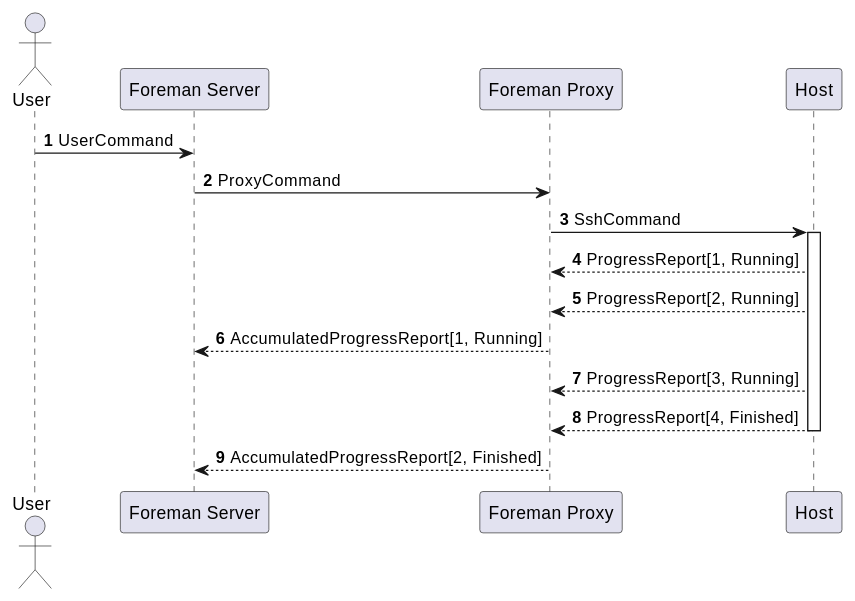
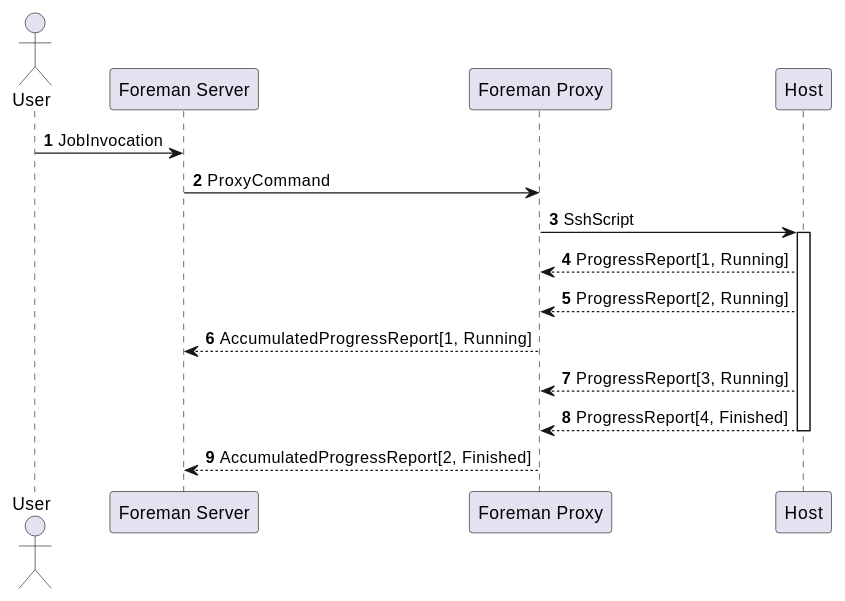
Before and after one commit to theforeman/foreman_remote_execution: the first of 13 diagrams in doc/source/design/index.md, drawn with PlantUML. The commit also changed other lines of this file, not shown here.

Commit message:
Unify jobs vs. execution vs. command wording

```diff
--- a/doc/source/design/index.md
+++ b/doc/source/design/index.md
@@ -37,19 +37,19 @@
 {% plantuml %}
 actor User
 participant "Foreman Server" as Foreman
 participant "Foreman Proxy" as Proxy
 participant "Host" as Host
 
 autonumber
-User -> Foreman : UserCommand
+User -> Foreman : JobInvocation
 Foreman -> Proxy : ProxyCommand
-Proxy -> Host : SshCommand
+Proxy -> Host : SshScript
 Activate Host
 Host --> Proxy : ProgressReport[1, Running]
 Host --> Proxy : ProgressReport[2, Running]
 Proxy --> Foreman : AccumulatedProgressReport[1, Running]
 Host --> Proxy : ProgressReport[3, Running]
 Host --> Proxy : ProgressReport[4, Finished]
 Deactivate Host
 Proxy --> Foreman : AccumulatedProgressReport[2, Finished]
 {% endplantuml %}
```
